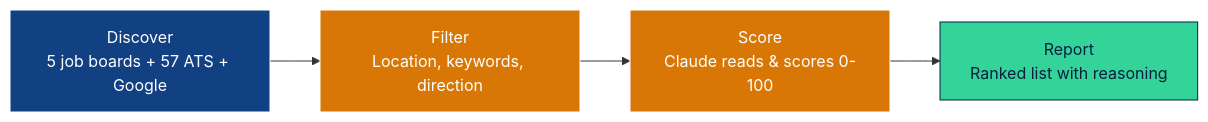
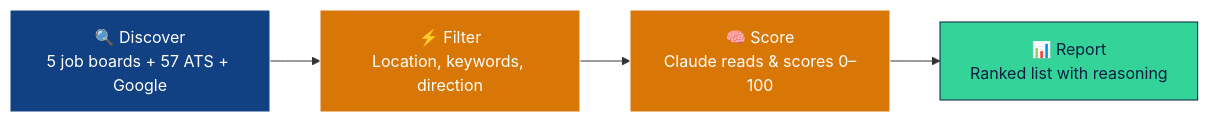
The first of 2 diagrams in README.md (MVP-Club-AI/mattjobsearchtool), drawn with Mermaid before and after one commit. The commit also changed other lines of this file, not shown here.

````diff
--- a/README.md
+++ b/README.md
@@ -52,10 +58,10 @@
 ```mermaid
 flowchart LR
-    A["Discover\n5 job boards + 57 ATS + Google"] --> B["Filter\nLocation, keywords, direction"]
-    B --> C["Score\nClaude reads & scores 0-100"]
-    C --> D["Report\nRanked list with reasoning"]
+    A["🔍 Discover\n5 job boards + 57 ATS + Google"] --> B["⚡ Filter\nLocation, keywords, direction"]
+    B --> C["🧠 Score\nClaude reads & scores 0–100"]
+    C --> D["📊 Report\nRanked list with reasoning"]
     style A fill:#114083,color:#fff,stroke:#fff
     style B fill:#D97706,color:#fff,stroke:#fff
     style C fill:#D97706,color:#fff,stroke:#fff
     style D fill:#34D399,color:#081F3F,stroke:#081F3F
 ```
````
